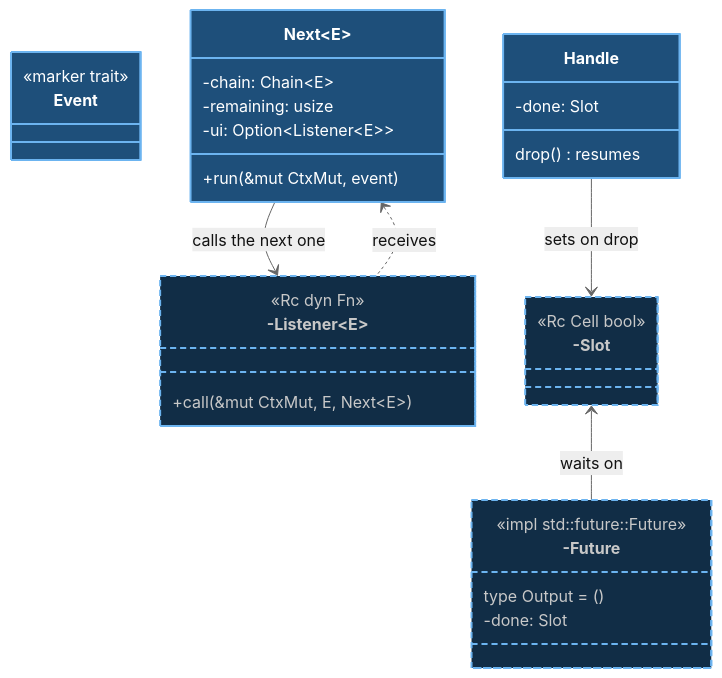
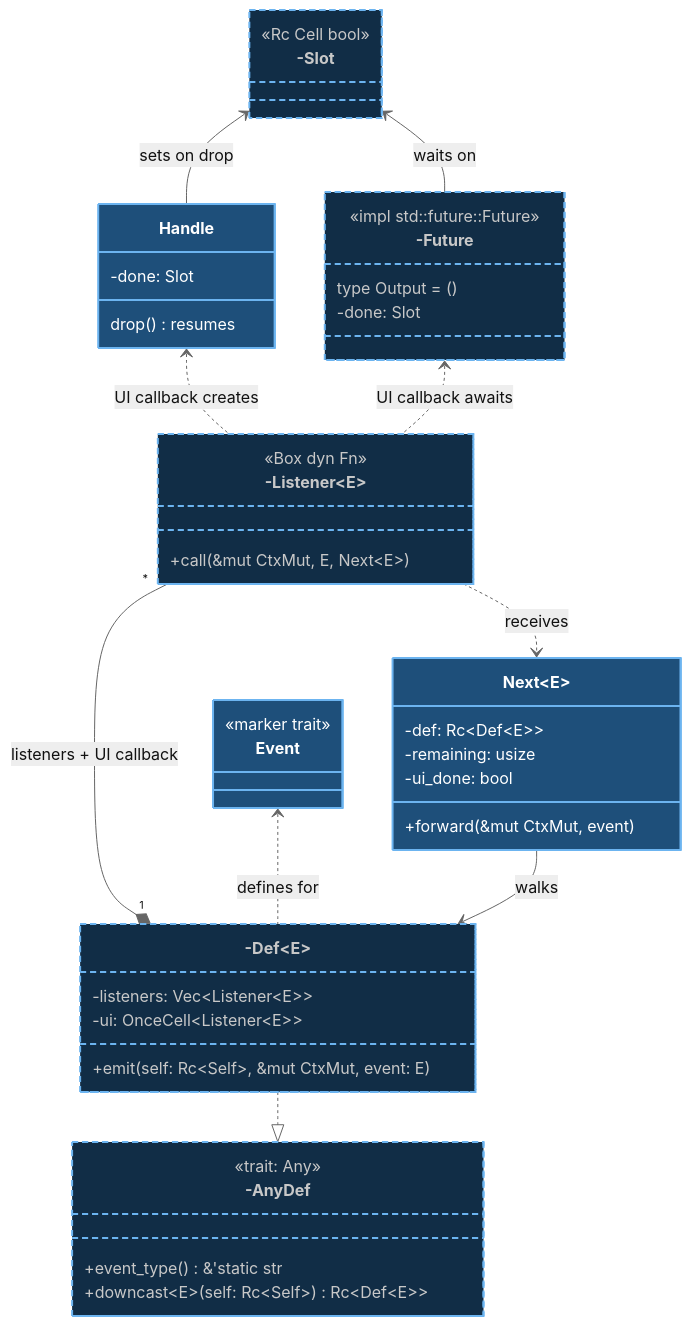
One commit to andrewtc/posturn changed the fourth of 5 diagrams in book/src/next_turn/plan/types.md. Above: the diagram before and after it, drawn with Mermaid (neutral theme). The commit also changed other lines of this file and 9 other files, not shown here.

````diff
--- a/book/src/next_turn/plan/types.md
+++ b/book/src/next_turn/plan/types.md
@@ -240,54 +227,73 @@
 ```mermaid
 %%{init: {"class": {"nodeSpacing": 40, "rankSpacing": 35}}}%%
 classDiagram
     direction TB
 
     %% Generics that nest, or contain `()`, are written with HTML entities (`#lt;`, `#gt;`, `#40;`, `#41;`): Mermaid
     %% misreads nested `~T~` generics as Markdown strikethrough, and treats any member containing `()` as a method.
     %% Layout: the order of declarations and the direction of each arrow (e.g. `A <.. B` instead of `B ..> A`, which
     %% means the same thing) were tuned by measuring rendered variants for size and edge crossings. Reordering lines
     %% or flipping arrows here can change the layout noticeably.
 
-    class Event {
-        <<marker trait>>
+    class Next~E~ {
+        -def: Rc#lt;Def#lt;E#gt;#gt;
+        -remaining: usize
+        -ui_done: bool
+        +forward(&mut CtxMut, event)
+    }
+
+    class Listener["-Listener#lt;E#gt;"] {
+        <<Box dyn Fn>>
+        +call(&mut CtxMut, E, Next~E~)
     }
 
     class Handle {
         -done: Slot
         drop() resumes
     }
 
-    class Listener["-Listener#lt;E#gt;"] {
-        <<Rc dyn Fn>>
-        +call(&mut CtxMut, E, Next~E~)
+    class Event {
+        <<marker trait>>
+    }
+
+    class AnyDef["-AnyDef"] {
+        <<trait: Any>>
+        +event_type() &'static str
+        +downcast~E~(self: Rc#lt;Self#gt;) Rc#lt;Def#lt;E#gt;#gt;
+    }
+
+    class Slot["-Slot"] {
+        <<Rc Cell bool>>
+    }
+
+    class Def["-Def#lt;E#gt;"] {
+        -listeners: Vec#lt;Listener#lt;E#gt;#gt;
+        -ui: OnceCell#lt;Listener#lt;E#gt;#gt;
+        +emit(self: Rc#lt;Self#gt;, &mut CtxMut, event: E)
     }
 
     class Future["-Future"] {
         <<impl std::future::Future>>
         type Output = #40;#41;
         -done: Slot
     }
 
-    class Next~E~ {
-        -chain: Chain~E~
-        -remaining: usize
-        -ui: Option~Listener~E~~
-        +run(&mut CtxMut, event)
-    }
-
-    class Slot["-Slot"] {
-        <<Rc Cell bool>>
-    }
-
-    Next --> Listener : calls the next one
-    Handle --> Slot : sets on drop
-    Next <.. Listener : receives
+    Listener "*" --* "1" Def : listeners + UI callback
+    Slot <-- Handle : sets on drop
     Slot <-- Future : waits on
+    Handle <.. Listener : UI callback creates
+    Listener ..> Next : receives
+    Event <.. Def : defines for
+    Def ..|> AnyDef
+    Future <.. Listener : UI callback awaits
+    Next --> Def : walks
 
     style Event fill:#1e4f7a,stroke:#6cb4f0,stroke-width:2px,color:#ffffff
+    style AnyDef fill:#112d46,stroke:#6cb4f0,stroke-width:2px,stroke-dasharray:6 4,color:#c8c8c8
+    style Def fill:#112d46,stroke:#6cb4f0,stroke-width:2px,stroke-dasharray:6 4,color:#c8c8c8
     style Listener fill:#112d46,stroke:#6cb4f0,stroke-width:2px,stroke-dasharray:6 4,color:#c8c8c8
     style Next fill:#1e4f7a,stroke:#6cb4f0,stroke-width:2px,color:#ffffff
     style Handle fill:#1e4f7a,stroke:#6cb4f0,stroke-width:2px,color:#ffffff
     style Future fill:#112d46,stroke:#6cb4f0,stroke-width:2px,stroke-dasharray:6 4,color:#c8c8c8
     style Slot fill:#112d46,stroke:#6cb4f0,stroke-width:2px,stroke-dasharray:6 4,color:#c8c8c8
 ```
````
